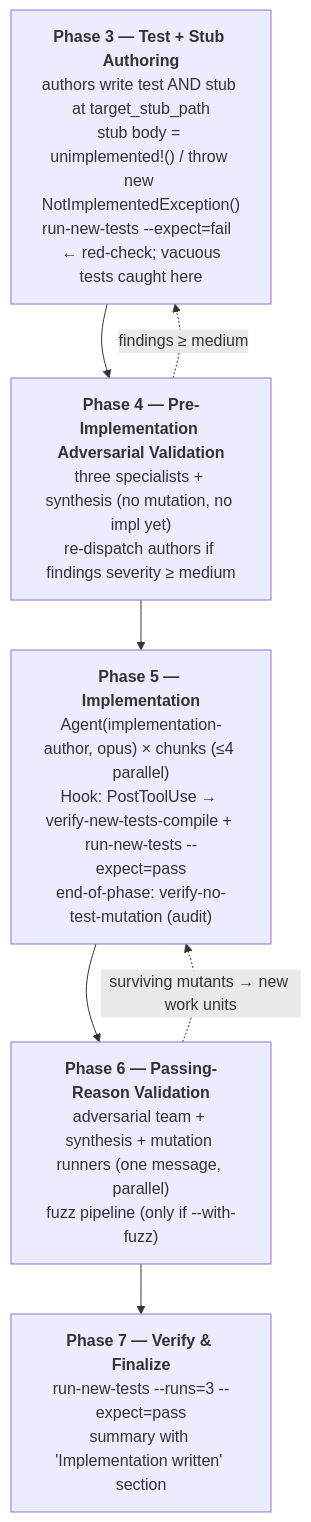
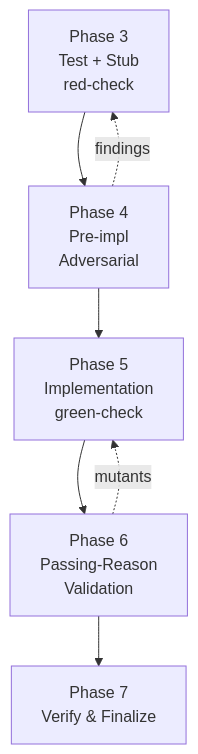
One commit to KemonoNeco/Straitjacket changed the third of 4 diagrams in docs/TECHNICAL.md. Above: the diagram before and after it, drawn with Mermaid. The commit also changed other lines of this file, not shown here.

First line of the commit message:
Shorten mermaid node labels so they stop clipping on the right

````diff
--- a/docs/TECHNICAL.md
+++ b/docs/TECHNICAL.md
@@ -110,15 +122,12 @@
 ```mermaid
 flowchart TD
-    P3["<b>Phase 3 — Test + Stub Authoring</b><br/>authors write test AND stub at target_stub_path<br/>stub body = unimplemented!() / throw new NotImplementedException()<br/>run-new-tests --expect=fail   ← red-check; vacuous tests caught here"]
-    P4["<b>Phase 4 — Pre-Implementation Adversarial Validation</b><br/>three specialists + synthesis (no mutation, no impl yet)<br/>re-dispatch authors if findings severity ≥ medium"]
-    P5["<b>Phase 5 — Implementation</b><br/>Agent(implementation-author, opus) × chunks (≤4 parallel)<br/>Hook: PostToolUse → verify-new-tests-compile + run-new-tests --expect=pass<br/>end-of-phase: verify-no-test-mutation (audit)"]
-    P6["<b>Phase 6 — Passing-Reason Validation</b><br/>adversarial team + synthesis + mutation runners (one message, parallel)<br/>fuzz pipeline (only if --with-fuzz)"]
-    P7["<b>Phase 7 — Verify &amp; Finalize</b><br/>run-new-tests --runs=3 --expect=pass<br/>summary with 'Implementation written' section"]
+    P3["Phase 3<br/>Test + Stub<br/>red-check"]
+    P4["Phase 4<br/>Pre-impl<br/>Adversarial"]
+    P5["Phase 5<br/>Implementation<br/>green-check"]
+    P6["Phase 6<br/>Passing-Reason<br/>Validation"]
+    P7["Phase 7<br/>Verify &amp; Finalize"]
 
-    P3 --> P4
-    P4 -. "findings ≥ medium" .-> P3
-    P4 --> P5
-    P5 --> P6
-    P6 --> P7
-    P6 -. "surviving mutants → new work units" .-> P5
+    P3 --> P4 --> P5 --> P6 --> P7
+    P4 -. "findings" .-> P3
+    P6 -. "mutants" .-> P5
 ```
````
